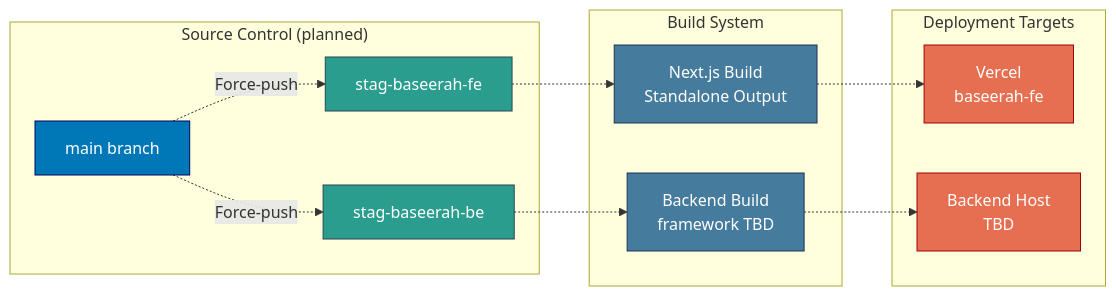
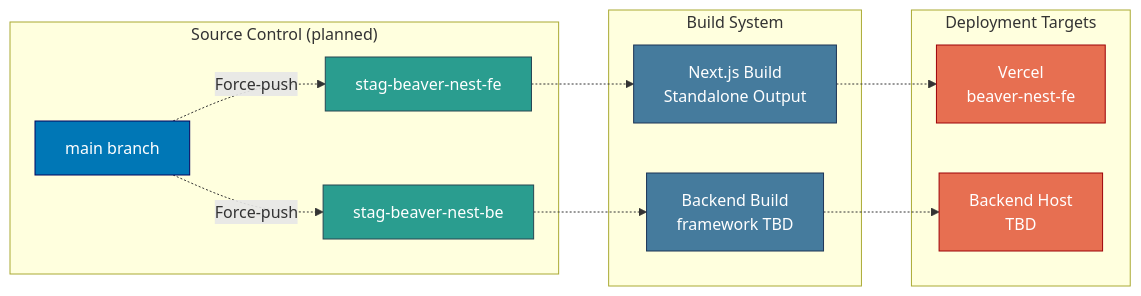
Before and after one commit to wahidyankf/baseerah: the second of 2 diagrams in docs/reference/system-architecture/deployment.md, drawn with Mermaid. The commit also changed other lines of this file and 20 other files, not shown here.

````diff
--- a/docs/reference/system-architecture/deployment.md
+++ b/docs/reference/system-architecture/deployment.md
@@ -57,33 +57,33 @@
 ```mermaid
 graph LR
     subgraph "Source Control (planned)"
         MAIN2[main branch]
-        STAG_FE[stag-baseerah-fe]
-        STAG_BE[stag-baseerah-be]
+        STAG_FE[stag-beaver-nest-fe]
+        STAG_BE[stag-beaver-nest-be]
     end
 
     subgraph "Build System"
         NEXT_BUILD[Next.js Build<br/>Standalone Output]
         BE_BUILD[Backend Build<br/>framework TBD]
     end
 
     subgraph "Deployment Targets"
-        VERCEL_FE[Vercel<br/>baseerah-fe]
+        VERCEL_FE[Vercel<br/>beaver-nest-fe]
         BE_TARGET[Backend Host<br/>TBD]
     end
 
     MAIN2 -.->|Force-push| STAG_FE
     MAIN2 -.->|Force-push| STAG_BE
     STAG_FE -.-> NEXT_BUILD
     STAG_BE -.-> BE_BUILD
     NEXT_BUILD -.-> VERCEL_FE
     BE_BUILD -.-> BE_TARGET
 
     style MAIN2 fill:#0077b6,stroke:#03045e,color:#ffffff
     style STAG_FE fill:#2a9d8f,stroke:#264653,color:#ffffff
     style STAG_BE fill:#2a9d8f,stroke:#264653,color:#ffffff
     style NEXT_BUILD fill:#457b9d,stroke:#1d3557,color:#ffffff
     style BE_BUILD fill:#457b9d,stroke:#1d3557,color:#ffffff
     style VERCEL_FE fill:#e76f51,stroke:#9d0208,color:#ffffff
     style BE_TARGET fill:#e76f51,stroke:#9d0208,color:#ffffff
 ```
````
